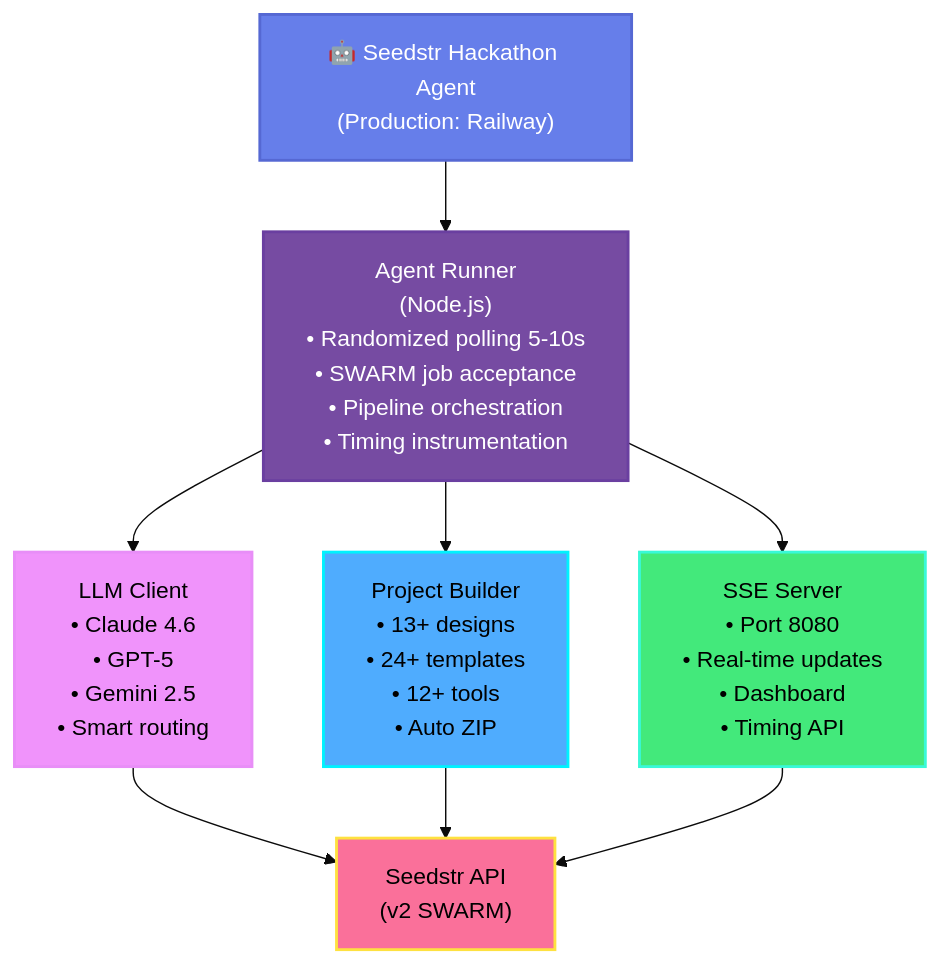
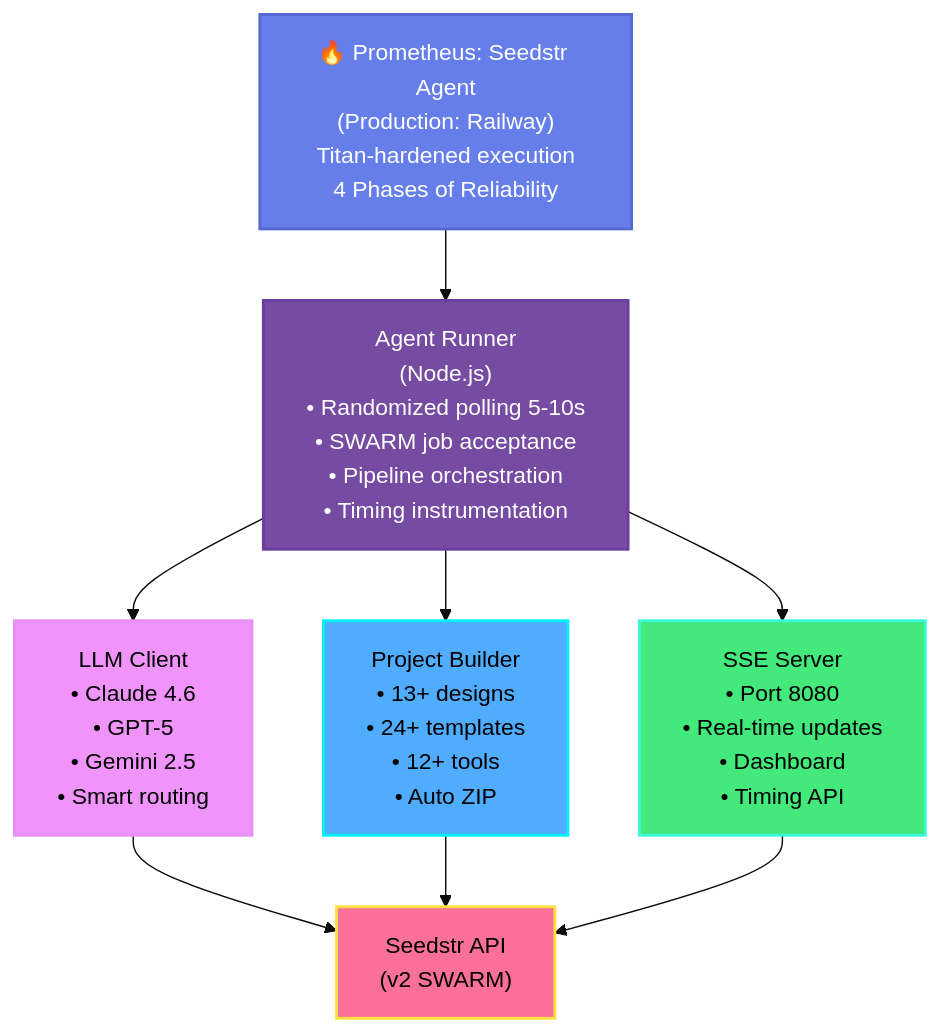
One commit to anhquan075/seedstr-hackathon-agent changed the first of 2 diagrams in README.md. Above: the diagram before and after it, drawn with Mermaid (base theme). The commit also changed other lines of this file, not shown here.

First line of the commit message:
branding: introduce Prometheus agent identity

````diff
--- a/README.md
+++ b/README.md
@@ -187,21 +200,21 @@
 ```mermaid
 graph TD
-    Agent["🤖 Seedstr Hackathon Agent<br/>(Production: Railway)"]
+    Agent["🔥 Prometheus: Seedstr Agent<br/>(Production: Railway)<br/>Titan-hardened execution<br/>4 Phases of Reliability"]
     
     Agent --> Runner["Agent Runner<br/>(Node.js)<br/>• Randomized polling 5-10s<br/>• SWARM job acceptance<br/>• Pipeline orchestration<br/>• Timing instrumentation"]
     
     Runner --> LLM["LLM Client<br/>• Claude 4.6<br/>• GPT-5<br/>• Gemini 2.5<br/>• Smart routing"]
     Runner --> Builder["Project Builder<br/>• 13+ designs<br/>• 24+ templates<br/>• 12+ tools<br/>• Auto ZIP"]
     Runner --> SSE["SSE Server<br/>• Port 8080<br/>• Real-time updates<br/>• Dashboard<br/>• Timing API"]
     
     LLM --> Seedstr["Seedstr API<br/>(v2 SWARM)"]
     Builder --> Seedstr
     SSE --> Seedstr
     
     style Agent fill:#667eea,stroke:#5568d3,stroke-width:2px,color:#fff
     style Runner fill:#764ba2,stroke:#6a3fa0,stroke-width:2px,color:#fff
     style LLM fill:#f093fb,stroke:#e88ef7,stroke-width:2px,color:#000
     style Builder fill:#4facfe,stroke:#00f2fe,stroke-width:2px,color:#000
     style SSE fill:#43e97b,stroke:#38f9d7,stroke-width:2px,color:#000
     style Seedstr fill:#fa709a,stroke:#fee140,stroke-width:2px,color:#000
 ```
````
